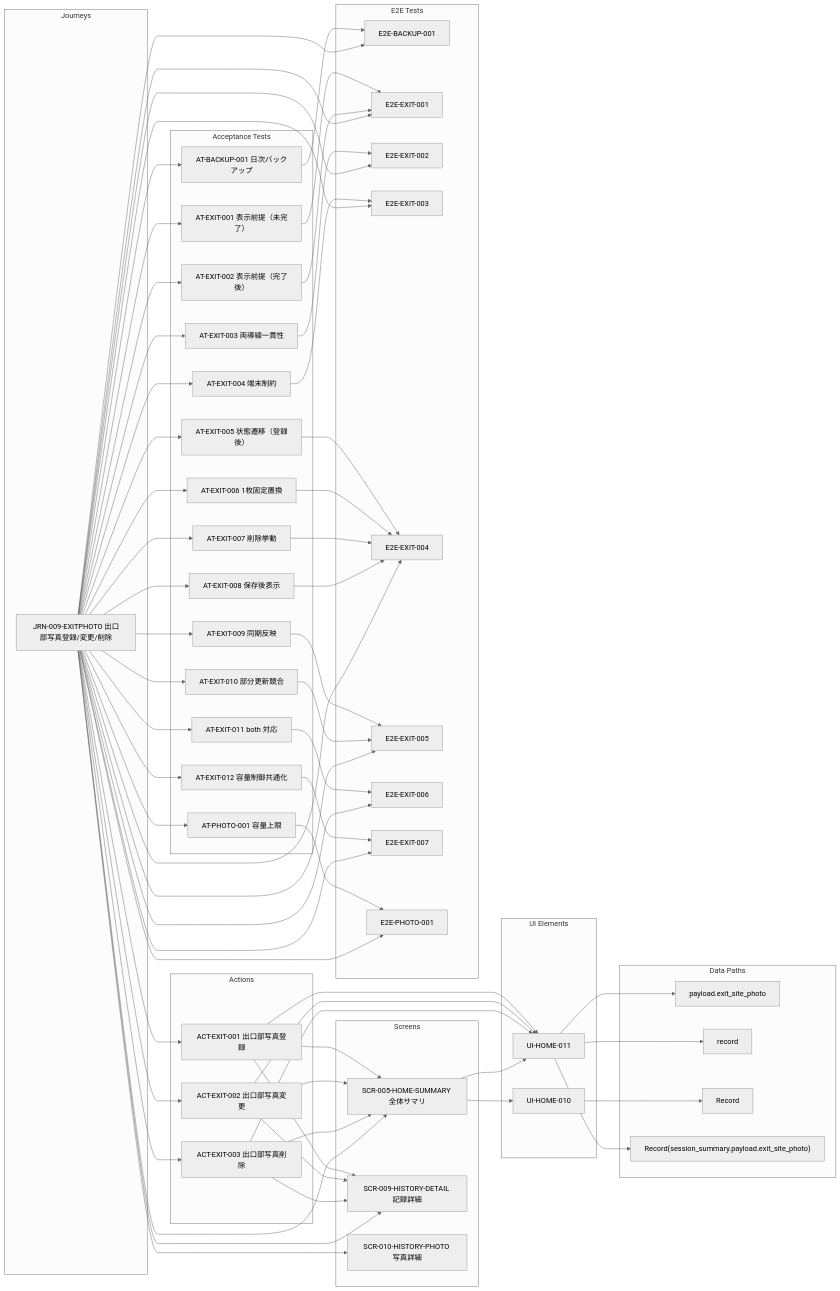
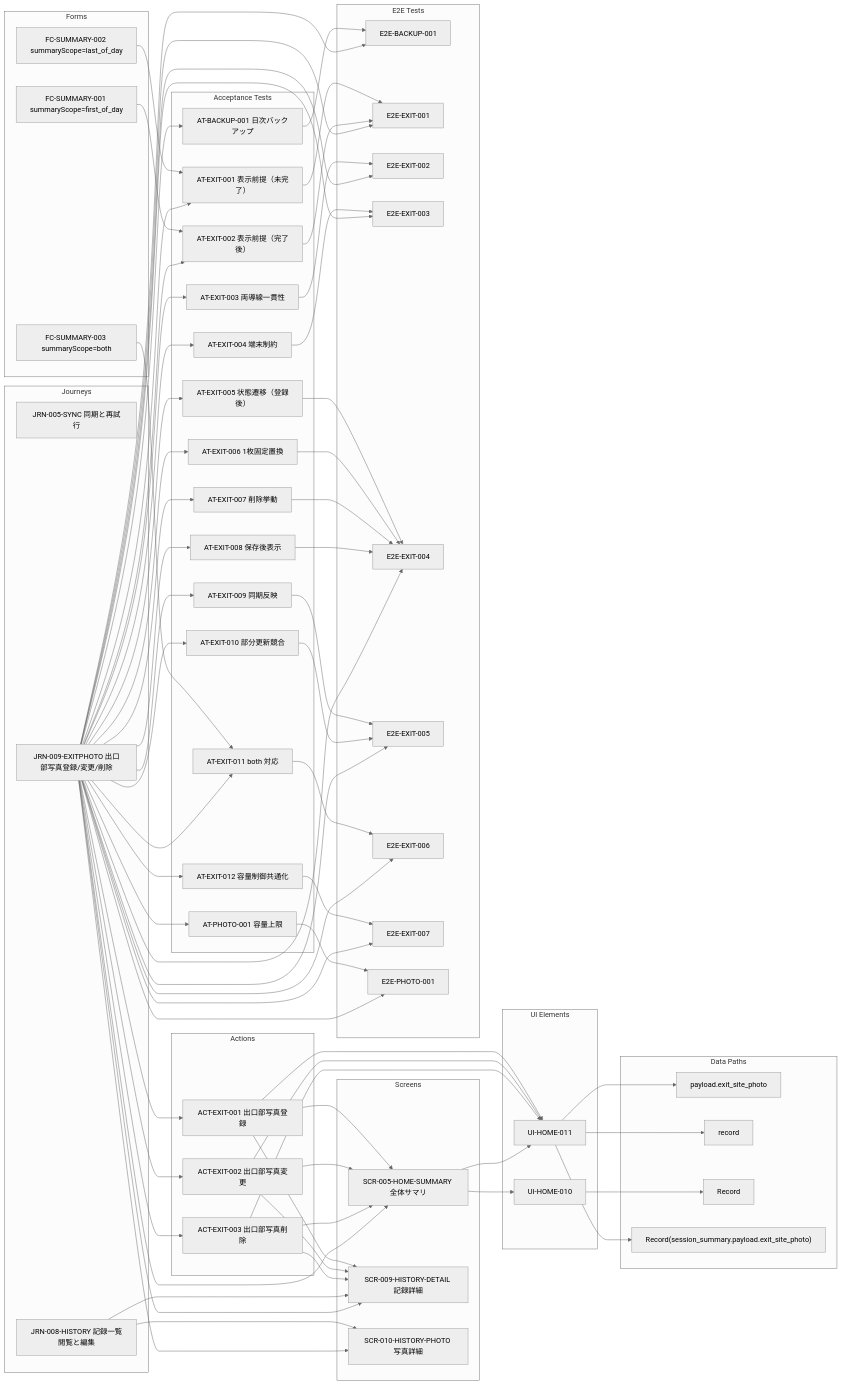
Before and after one commit to h-sakanet/capd_navi: the diagram in docs/generated/screens/SCR-005-HOME-SUMMARY.md, drawn with Mermaid (neutral theme). The commit also changed 763 other files, not shown here.

````diff
--- a/docs/generated/screens/SCR-005-HOME-SUMMARY.md
+++ b/docs/generated/screens/SCR-005-HOME-SUMMARY.md
@@ -4,7 +4,9 @@
 flowchart LR
   %% SCR-005-HOME-SUMMARY
   subgraph JRN["Journeys"]
-    N31["JRN-009-EXITPHOTO 出口部写真登録/変更/削除"]
+    N34["JRN-005-SYNC 同期と再試行"]
+    N35["JRN-008-HISTORY 記録一覧閲覧と編集"]
+    N36["JRN-009-EXITPHOTO 出口部写真登録/変更/削除"]
   end
   subgraph ACT["Actions"]
     N1["ACT-EXIT-001 出口部写真登録"]
@@ -12,13 +14,18 @@
     N3["ACT-EXIT-003 出口部写真削除"]
   end
   subgraph SCR["Screens"]
-    N32["SCR-005-HOME-SUMMARY 全体サマリ"]
-    N33["SCR-009-HISTORY-DETAIL 記録詳細"]
-    N34["SCR-010-HISTORY-PHOTO 写真詳細"]
+    N37["SCR-005-HOME-SUMMARY 全体サマリ"]
+    N38["SCR-009-HISTORY-DETAIL 記録詳細"]
+    N39["SCR-010-HISTORY-PHOTO 写真詳細"]
+  end
+  subgraph FC["Forms"]
+    N31["FC-SUMMARY-001 summaryScope=first_of_day"]
+    N32["FC-SUMMARY-002 summaryScope=last_of_day"]
+    N33["FC-SUMMARY-003 summaryScope=both"]
   end
   subgraph UI["UI Elements"]
-    N35["UI-HOME-010"]
-    N36["UI-HOME-011"]
+    N40["UI-HOME-010"]
+    N41["UI-HOME-011"]
   end
   subgraph AT["Acceptance Tests"]
     N4["AT-BACKUP-001 日次バックアップ"]
@@ -53,15 +60,15 @@
     N20["Record"]
     N21["Record(session_summary.payload.exit_site_photo)"]
   end
-  N1 --> N32
-  N1 --> N33
-  N1 --> N36
-  N2 --> N32
-  N2 --> N33
-  N2 --> N36
-  N3 --> N32
-  N3 --> N33
-  N3 --> N36
+  N1 --> N37
+  N1 --> N38
+  N1 --> N41
+  N2 --> N37
+  N2 --> N38
+  N2 --> N41
+  N3 --> N37
+  N3 --> N38
+  N3 --> N41
   N4 --> N22
   N5 --> N23
   N6 --> N23
@@ -76,39 +83,44 @@
   N15 --> N28
   N16 --> N29
   N17 --> N30
-  N31 --> N1
-  N31 --> N2
-  N31 --> N3
-  N31 --> N4
-  N31 --> N5
   N31 --> N6
-  N31 --> N7
-  N31 --> N8
-  N31 --> N9
-  N31 --> N10
-  N31 --> N11
-  N31 --> N12
-  N31 --> N13
-  N31 --> N14
-  N31 --> N15
-  N31 --> N16
-  N31 --> N17
-  N31 --> N22
-  N31 --> N23
-  N31 --> N24
-  N31 --> N25
-  N31 --> N26
-  N31 --> N27
-  N31 --> N28
-  N31 --> N29
-  N31 --> N30
-  N31 --> N32
-  N31 --> N33
-  N31 --> N34
-  N32 --> N35
-  N32 --> N36
-  N35 --> N20
-  N36 --> N18
-  N36 --> N19
-  N36 --> N21
+  N32 --> N5
+  N33 --> N15
+  N35 --> N38
+  N35 --> N39
+  N36 --> N1
+  N36 --> N2
+  N36 --> N3
+  N36 --> N4
+  N36 --> N5
+  N36 --> N6
+  N36 --> N7
+  N36 --> N8
+  N36 --> N9
+  N36 --> N10
+  N36 --> N11
+  N36 --> N12
+  N36 --> N13
+  N36 --> N14
+  N36 --> N15
+  N36 --> N16
+  N36 --> N17
+  N36 --> N22
+  N36 --> N23
+  N36 --> N24
+  N36 --> N25
+  N36 --> N26
+  N36 --> N27
+  N36 --> N28
+  N36 --> N29
+  N36 --> N30
+  N36 --> N37
+  N36 --> N38
+  N36 --> N39
+  N37 --> N40
+  N37 --> N41
+  N40 --> N20
+  N41 --> N18
+  N41 --> N19
+  N41 --> N21
 ```
````
